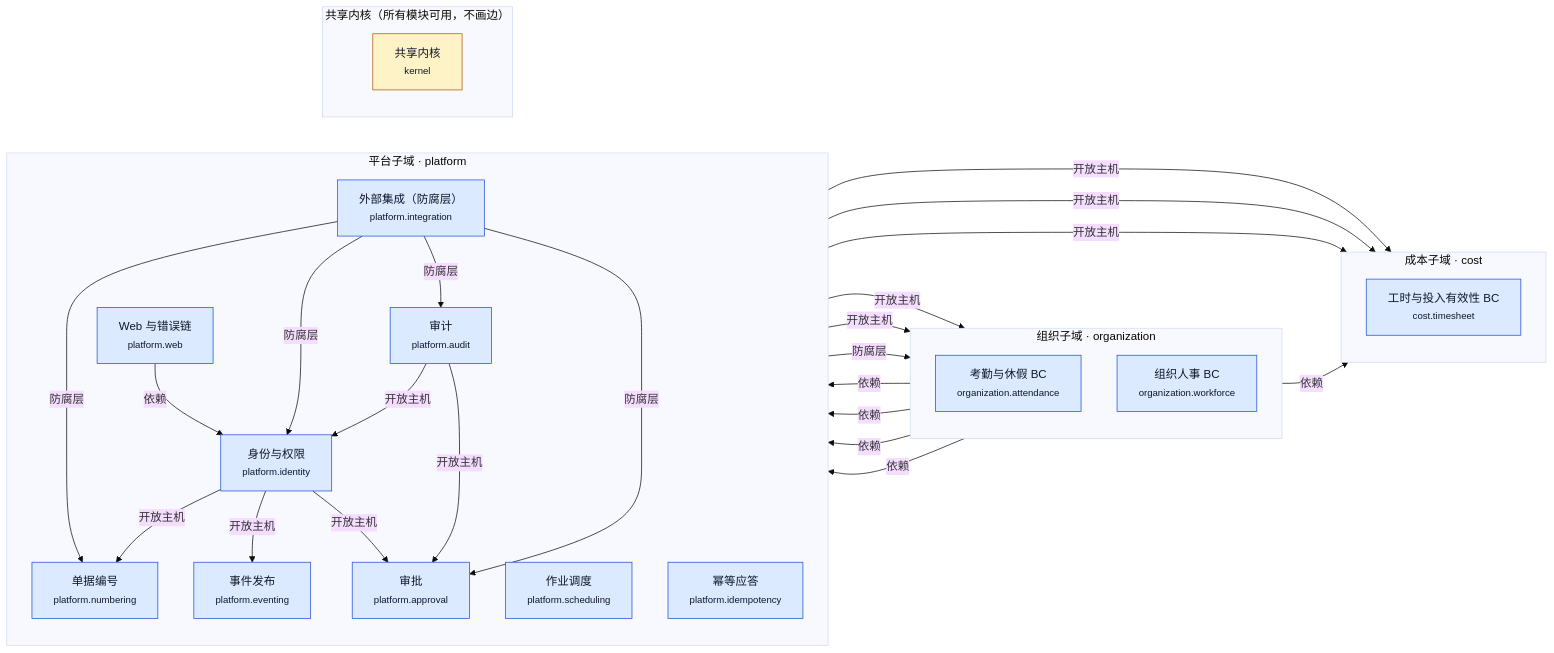
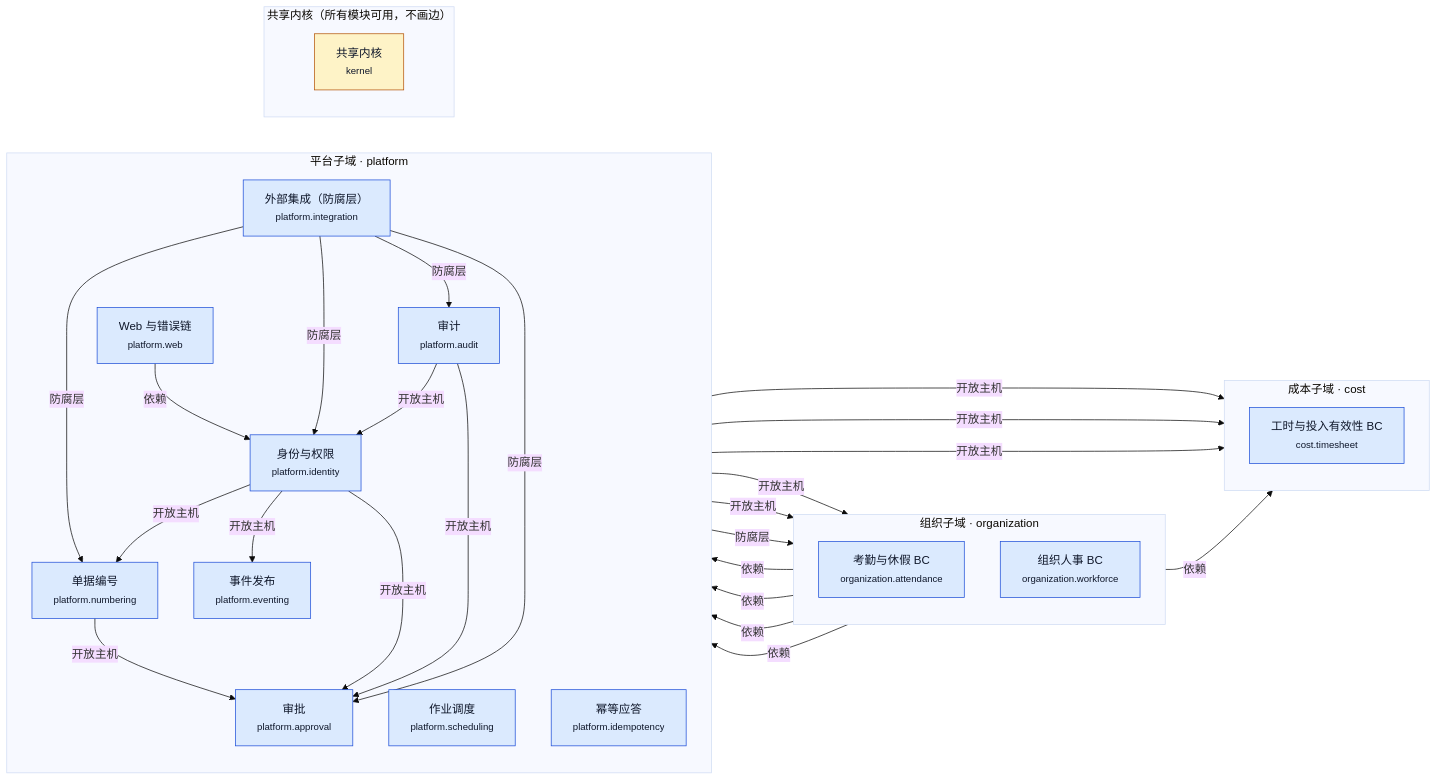
One commit to YeliangDu/forcitis-one-psa-codex-lab changed the diagram in docs/modernization/architecture/generated/1b-context-map.mmd. Above: the diagram before and after it, drawn with Mermaid (base theme). The commit also changed 6 other files, not shown here.

Commit message:
feat(numbering): 登记表只追加触发器、外键 RESTRICT、运行角色回收写权限，context-map 补 numbering→approval 边（IMP-1021-NX5-01）

```diff
--- a/docs/modernization/architecture/generated/1b-context-map.mmd
+++ b/docs/modernization/architecture/generated/1b-context-map.mmd
@@ -1,53 +1,54 @@
 %% 生成文件，勿手改：python3 architecture/build_architecture.py（源：ddd/*.yaml）
 flowchart LR
   classDef built fill:#dbeafe,stroke:#1d4ed8,color:#0f172a
   classDef planned fill:#f8fafc,stroke:#94a3b8,stroke-dasharray:4 3,color:#475569
   classDef kernel fill:#fef3c7,stroke:#b45309,color:#0f172a
   subgraph SD_cost["成本子域 · cost"]
     direction TB
     cost_timesheet["工时与投入有效性 BC<br/><small>cost.timesheet</small>"]
   end
   subgraph SD_organization["组织子域 · organization"]
     direction TB
     organization_attendance["考勤与休假 BC<br/><small>organization.attendance</small>"]
     organization_workforce["组织人事 BC<br/><small>organization.workforce</small>"]
   end
   subgraph SD_platform["平台子域 · platform"]
     direction TB
     platform_approval["审批<br/><small>platform.approval</small>"]
     platform_audit["审计<br/><small>platform.audit</small>"]
     platform_identity["身份与权限<br/><small>platform.identity</small>"]
     platform_integration["外部集成（防腐层）<br/><small>platform.integration</small>"]
     platform_numbering["单据编号<br/><small>platform.numbering</small>"]
     platform_scheduling["作业调度<br/><small>platform.scheduling</small>"]
     platform_idempotency["幂等应答<br/><small>platform.idempotency</small>"]
     platform_eventing["事件发布<br/><small>platform.eventing</small>"]
     platform_web["Web 与错误链<br/><small>platform.web</small>"]
   end
   subgraph SD_kernel["共享内核（所有模块可用，不画边）"]
     direction TB
     kernel["共享内核<br/><small>kernel</small>"]
   end
   organization_workforce -->|依赖| cost_timesheet
   platform_approval -->|开放主机| cost_timesheet
   platform_identity -->|开放主机| cost_timesheet
   platform_numbering -->|开放主机| cost_timesheet
+  platform_numbering -->|开放主机| platform_approval
   platform_audit -->|开放主机| organization_attendance
   platform_audit -->|开放主机| organization_workforce
   platform_integration -->|防腐层| organization_workforce
   platform_identity -->|开放主机| platform_approval
   organization_workforce -->|依赖| platform_approval
   platform_integration -->|防腐层| platform_approval
   platform_audit -->|开放主机| platform_approval
   organization_attendance -->|依赖| platform_approval
   platform_integration -->|防腐层| platform_audit
   platform_identity -->|开放主机| platform_eventing
   organization_workforce -->|依赖| platform_identity
   platform_integration -->|防腐层| platform_identity
   platform_audit -->|开放主机| platform_identity
   platform_identity -->|开放主机| platform_numbering
   organization_workforce -->|依赖| platform_numbering
   platform_integration -->|防腐层| platform_numbering
   platform_web -->|依赖| platform_identity
   class cost_timesheet,organization_attendance,organization_workforce,platform_approval,platform_audit,platform_identity,platform_integration,platform_numbering,platform_scheduling,platform_idempotency,platform_eventing,platform_web built
   class kernel kernel
```
